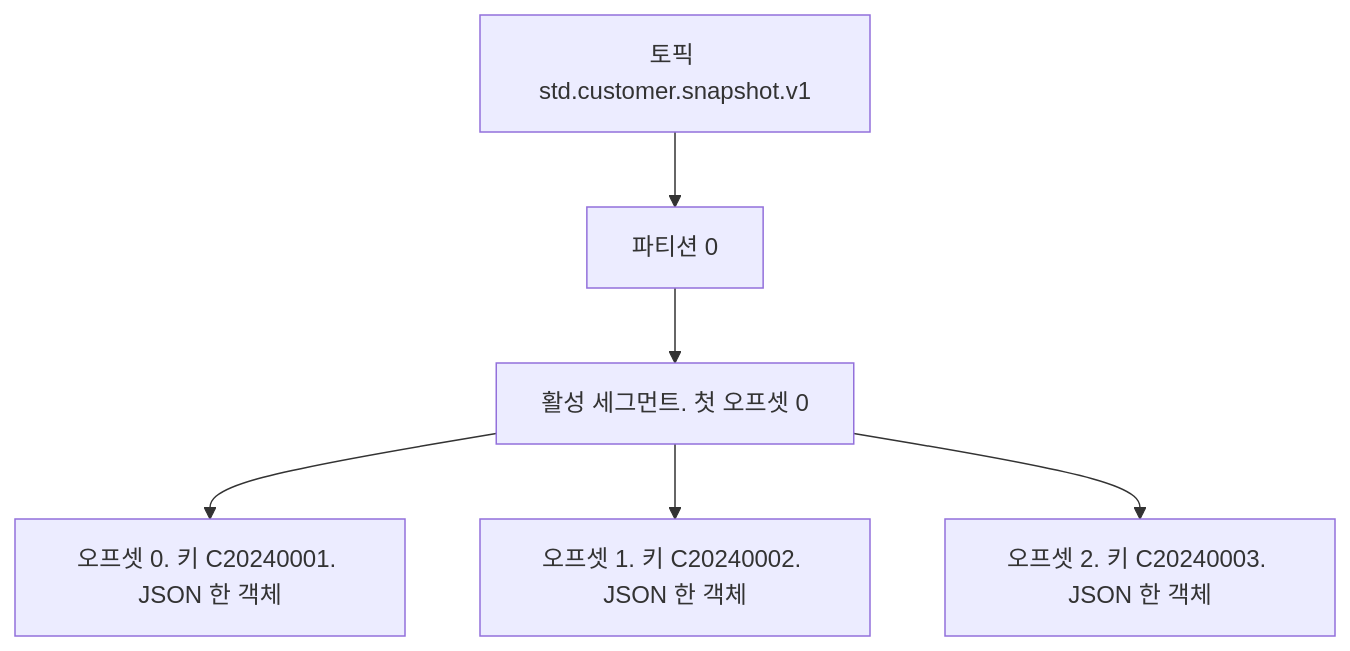
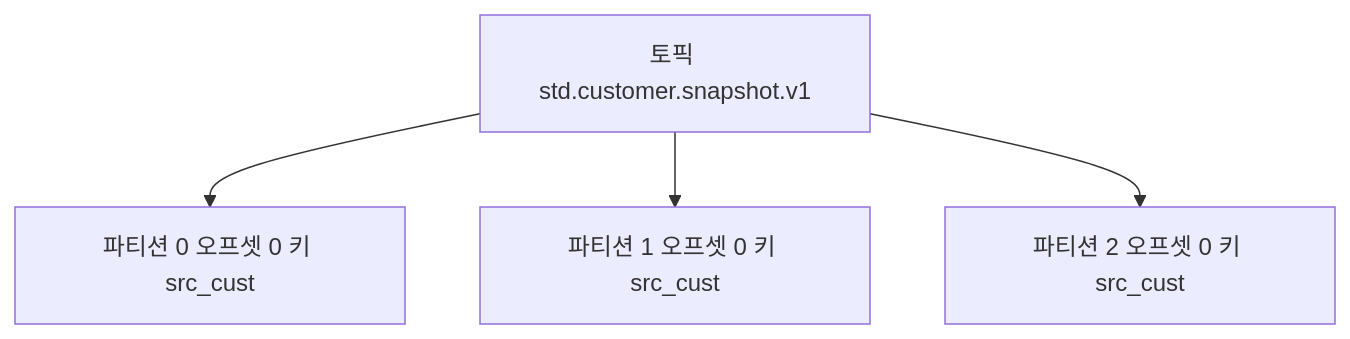
The fourth of 6 diagrams in docs/kafka-basics.md (zustarttf/kafka_test), drawn with Mermaid before and after one commit. The commit also changed other lines of this file and 4 other files, not shown here.

````diff
--- a/docs/kafka-basics.md
+++ b/docs/kafka-basics.md
@@ -189,15 +187,11 @@
 ```mermaid
 flowchart TB
   topic["토픽 std.customer.snapshot.v1"]
-  part["파티션 0"]
-  seg["활성 세그먼트. 첫 오프셋 0"]
-  r0["오프셋 0. 키 C20240001. JSON 한 객체"]
-  r1["오프셋 1. 키 C20240002. JSON 한 객체"]
-  r2["오프셋 2. 키 C20240003. JSON 한 객체"]
+  p0["파티션 0 오프셋 0 키 src_cust"]
+  p1["파티션 1 오프셋 0 키 src_cust"]
+  p2["파티션 2 오프셋 0 키 src_cust"]
 
-  topic --> part
-  part --> seg
-  seg --> r0
-  seg --> r1
-  seg --> r2
+  topic --> p0
+  topic --> p1
+  topic --> p2
 ```
````
